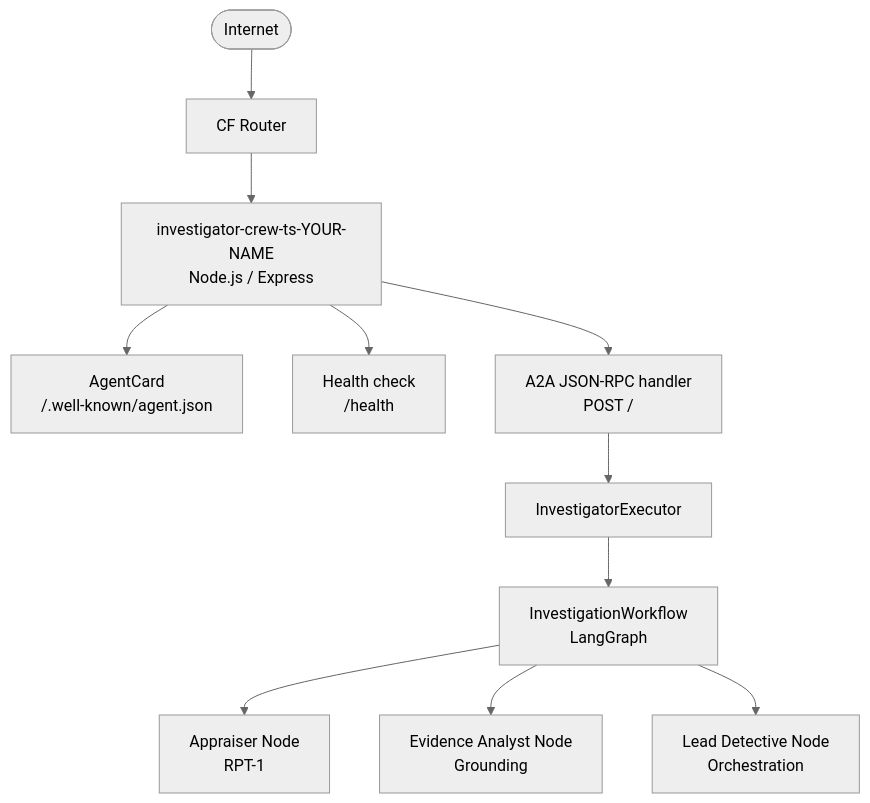
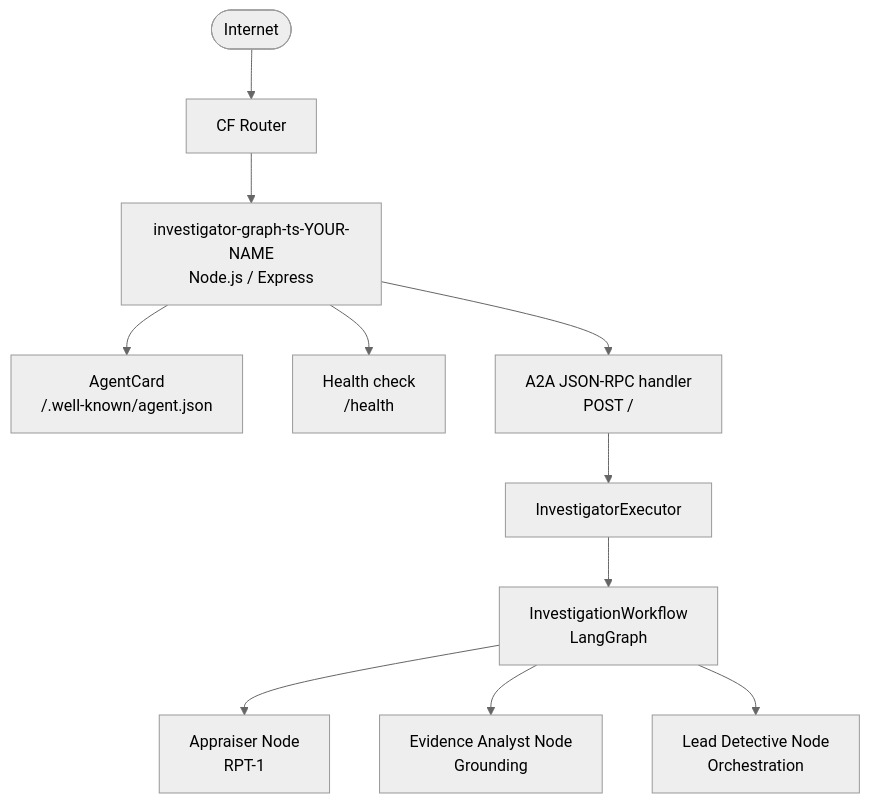
One commit to SAP-samples/codejam-code-based-agents changed the second of 2 diagrams in exercises/JavaScript/07-deploy-agent-to-cf-ts.md. Above: the diagram before and after it, drawn with Mermaid (neutral theme). The commit also changed other lines of this file and 4 other files, not shown here.

First line of the commit message:
rename JS track 'crew' → 'graph' to align with LangGraph identity

````diff
--- a/exercises/JavaScript/07-deploy-agent-to-cf-ts.md
+++ b/exercises/JavaScript/07-deploy-agent-to-cf-ts.md
@@ -624,22 +624,22 @@
 ```mermaid
 flowchart TD
     Internet([Internet])
     Router[CF Router]
-    App["investigator-crew-ts-YOUR-NAME\nNode.js / Express"]
+    App["investigator-graph-ts-YOUR-NAME\nNode.js / Express"]
     Card["AgentCard\n/.well-known/agent.json"]
     Health["Health check\n/health"]
     JSONRPC["A2A JSON-RPC handler\nPOST /"]
     Executor[InvestigatorExecutor]
     Workflow["InvestigationWorkflow\nLangGraph"]
     Appraiser["Appraiser Node\nRPT-1"]
     Evidence["Evidence Analyst Node\nGrounding"]
     Detective["Lead Detective Node\nOrchestration"]
 
     Internet --> Router --> App
     App --> Card
     App --> Health
     App --> JSONRPC --> Executor --> Workflow
     Workflow --> Appraiser
     Workflow --> Evidence
     Workflow --> Detective
 ```
````
